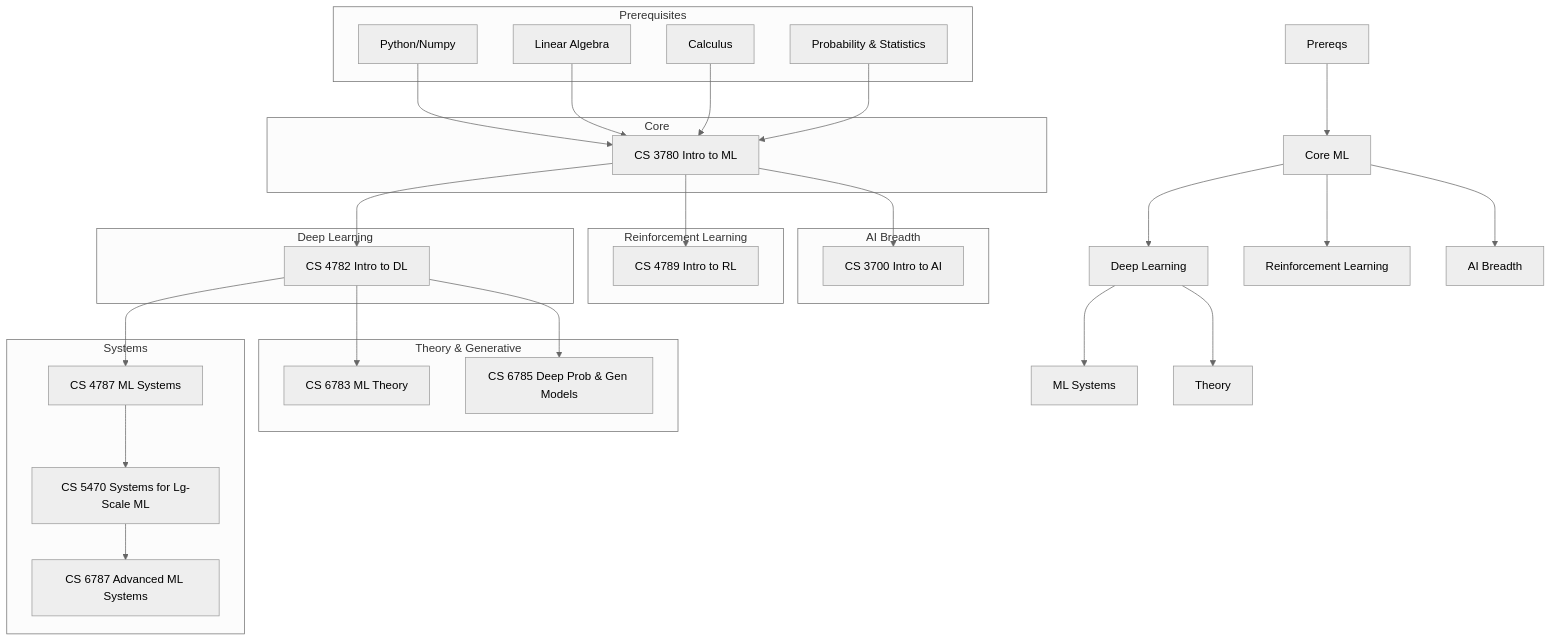
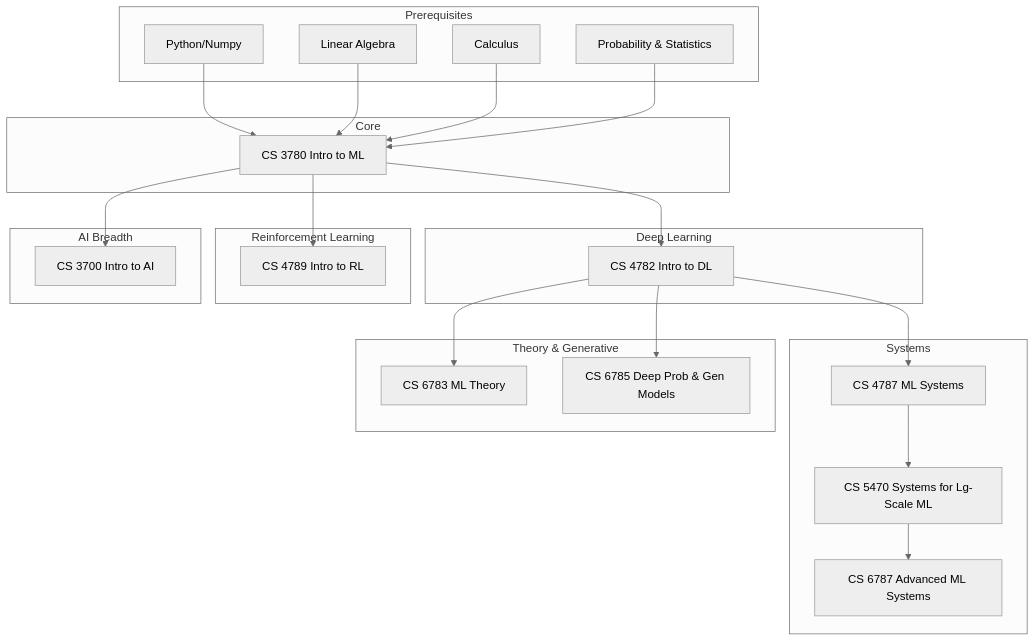
Before and after one commit to jmyphn/engineering-wiki: the diagram in csmlearn.md, drawn with Mermaid (neutral theme). The commit also changed 8 other files, not shown here.

````diff
--- a/csmlearn.md
+++ b/csmlearn.md
@@ -16,56 +16,49 @@
 ```mermaid
 flowchart TD
-  A[Prereqs] --> B[Core ML]
-  B --> C[Deep Learning]
-  B --> D[Reinforcement Learning]
-  C --> E[ML Systems]
-  B --> F[AI Breadth]
-  C --> G[Theory]
-
   subgraph A1[Prerequisites]
     A1a[Python/Numpy]
     A1b[Linear Algebra]
     A1c[Calculus]
     A1d[Probability & Statistics]
   end
 
   subgraph B1[Core]
     B1a[CS 3780 Intro to ML]
   end
 
   subgraph C1[Deep Learning]
     C1a[CS 4782 Intro to DL]
   end
 
   subgraph D1[Reinforcement Learning]
     D1a[CS 4789 Intro to RL]
   end
 
   subgraph E1[Systems]
     E1a[CS 4787 ML Systems]
     E1b[CS 5470 Systems for Lg-Scale ML]
     E1c[CS 6787 Advanced ML Systems]
   end
 
   subgraph F1[AI Breadth]
     F1a[CS 3700 Intro to AI]
   end
 
   subgraph G1[Theory & Generative]
     G1a[CS 6783 ML Theory]
     G1b[CS 6785 Deep Prob & Gen Models]
   end
 
   A1a --> B1a
   A1b --> B1a
   A1c --> B1a
   A1d --> B1a
   B1a --> C1a
   B1a --> D1a
   B1a --> F1a
   C1a --> E1a
   E1a --> E1b
   E1b --> E1c
   C1a --> G1a
   C1a --> G1b
 ```
````
